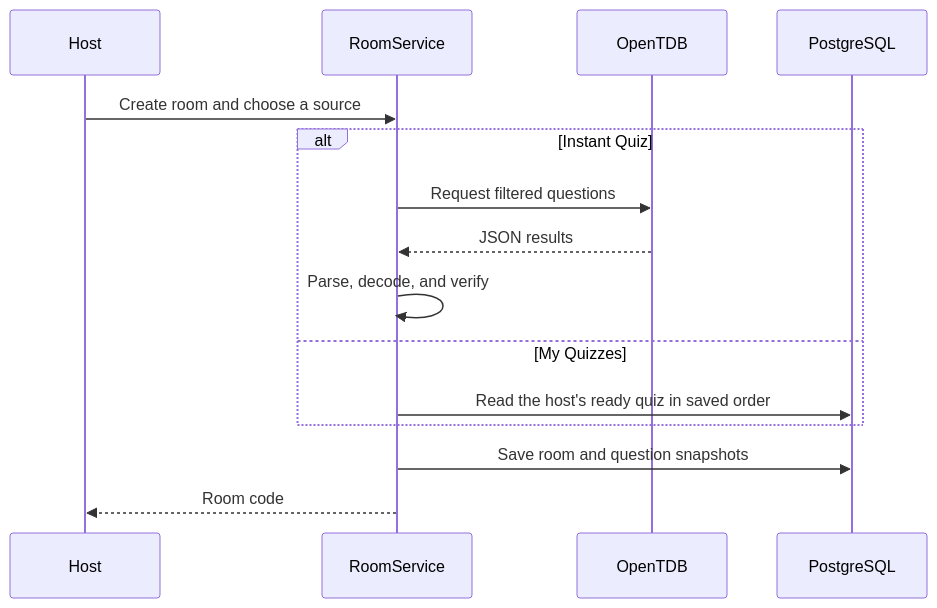
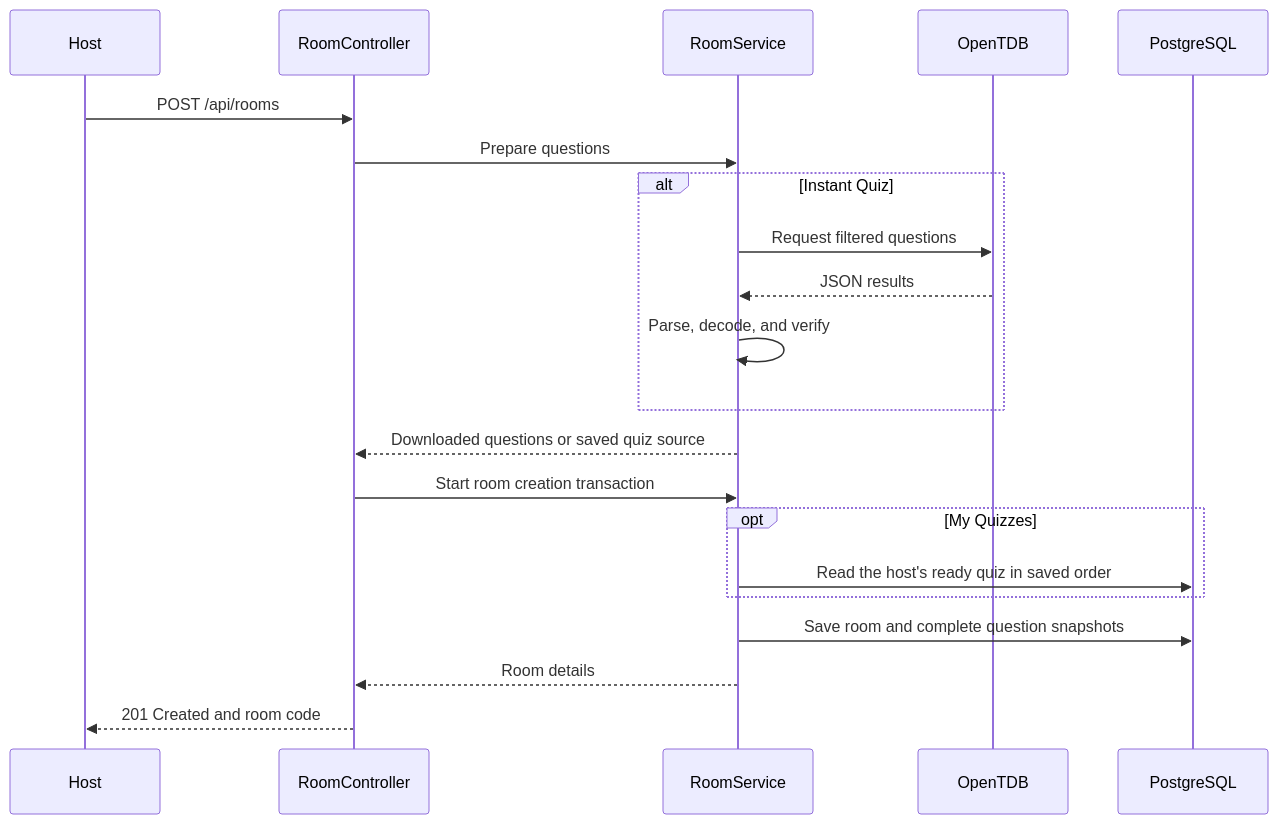
Before and after one commit to daevinsimbajon-web/cpe314-69167-capstone-team-02: the eighth of 10 diagrams in doc/design-document.md, drawn with Mermaid. The commit also changed other lines of this file and 160 other files, not shown here.

Commit message:
Complete M3 architecture cleanup, code corrections, and final documentation

````diff
--- a/doc/design-document.md
+++ b/doc/design-document.md
@@ -228,17 +318,23 @@
 ```mermaid
 sequenceDiagram
     participant Host
+    participant HTTP as RoomController
     participant Room as RoomService
     participant TDB as OpenTDB
     participant DB as PostgreSQL
-    Host->>Room: Create room and choose a source
+    Host->>HTTP: POST /api/rooms
+    HTTP->>Room: Prepare questions
     alt Instant Quiz
         Room->>TDB: Request filtered questions
         TDB-->>Room: JSON results
         Room->>Room: Parse, decode, and verify
-    else My Quizzes
+    end
+    Room-->>HTTP: Downloaded questions or saved quiz source
+    HTTP->>Room: Start room creation transaction
+    opt My Quizzes
         Room->>DB: Read the host's ready quiz in saved order
     end
-    Room->>DB: Save room and question snapshots
-    Room-->>Host: Room code
+    Room->>DB: Save room and complete question snapshots
+    Room-->>HTTP: Room details
+    HTTP-->>Host: 201 Created and room code
 ```
````
